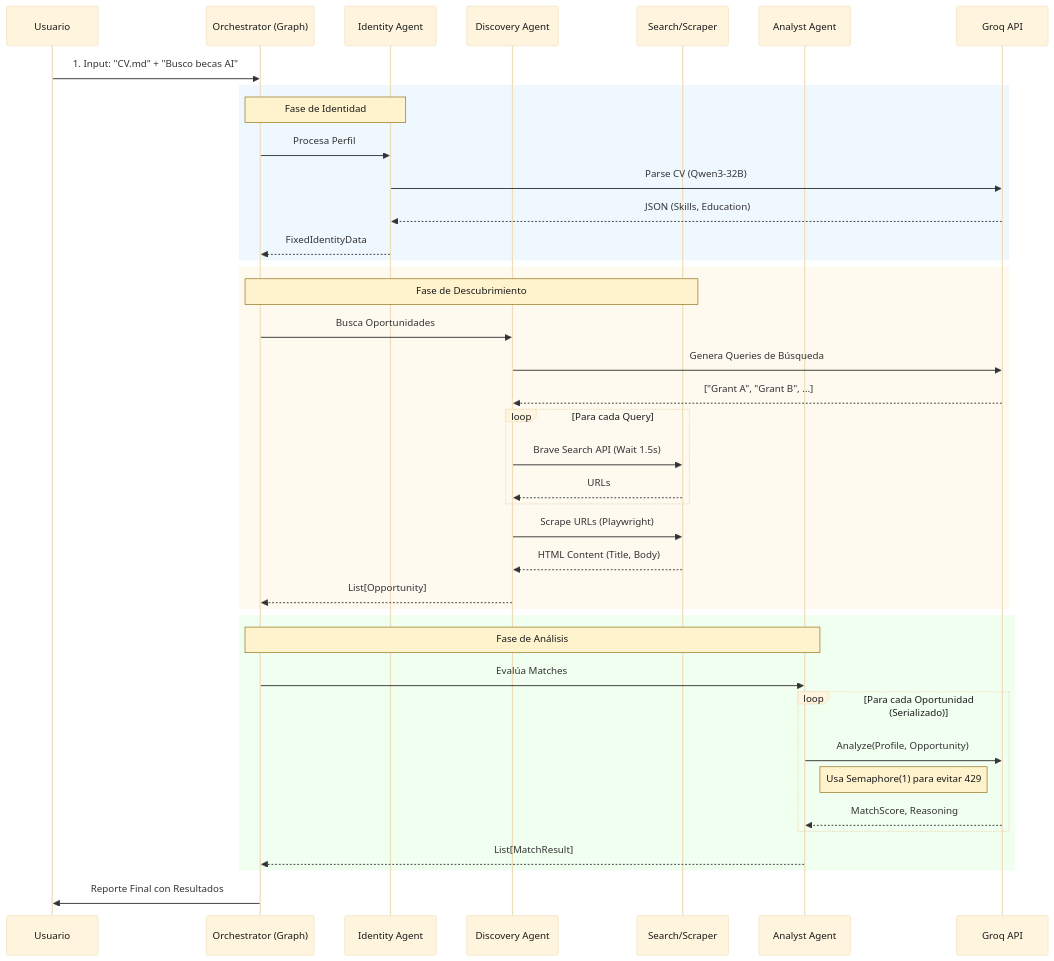
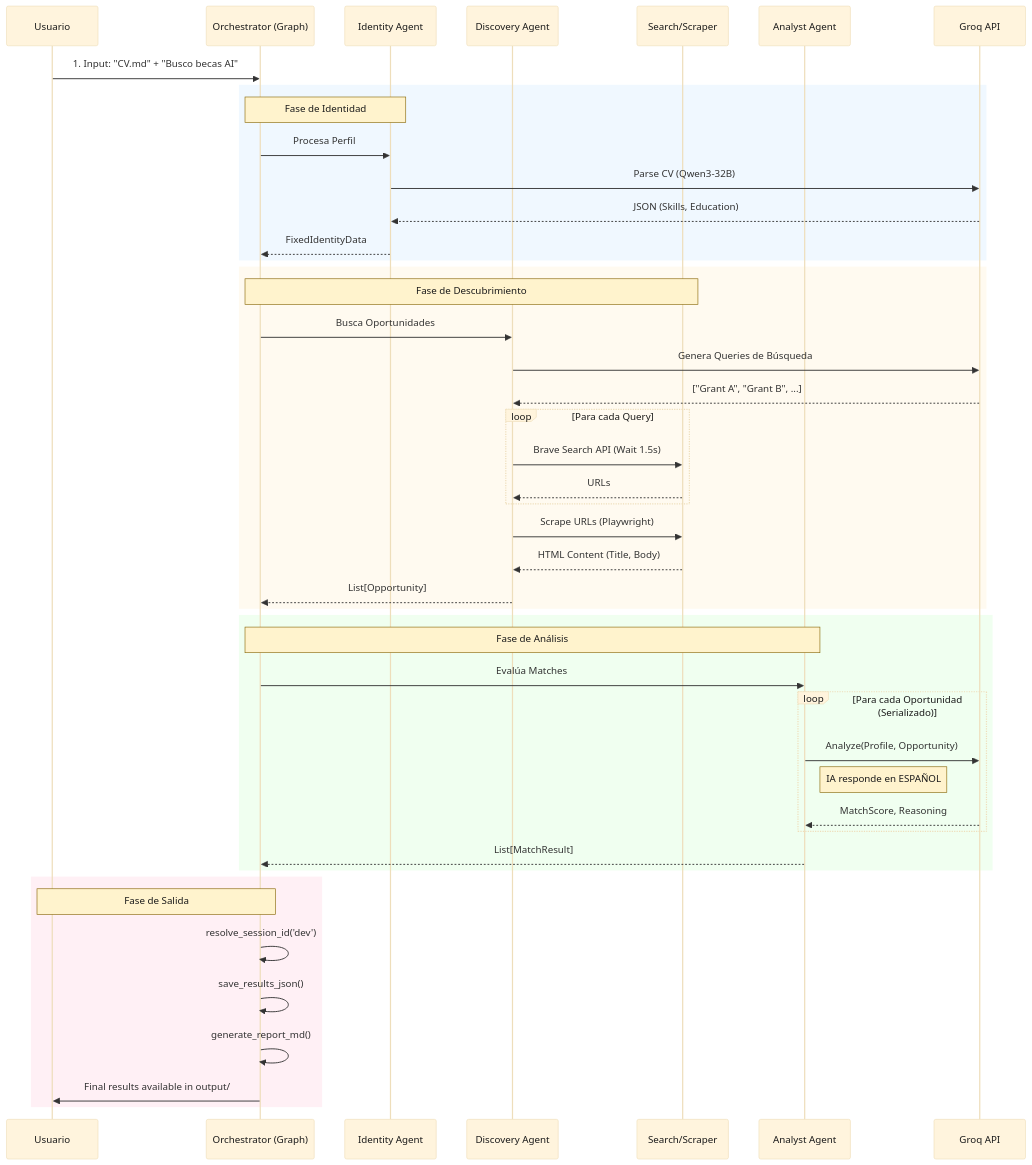
The third of 5 diagrams in ARCHITECTURE.md (Arbues/GrantHunter-AI), drawn with Mermaid before and after one commit. The commit also changed other lines of this file and 16 other files, not shown here.

````diff
--- a/ARCHITECTURE.md
+++ b/ARCHITECTURE.md
@@ -93,51 +105,58 @@
 ```mermaid
 %%{init: {'theme':'base', 'themeVariables': {'actorTextColor':'#1a1a1a','noteBkgColor':'#fff3cd','noteBorderColor':'#856404','noteTextColor':'#1a1a1a','labelTextColor':'#1a1a1a','loopTextColor':'#1a1a1a'}}}%%
 sequenceDiagram
     participant U as Usuario
     participant O as Orchestrator (Graph)
     participant I as Identity Agent
     participant D as Discovery Agent
     participant S as Search/Scraper
     participant A as Analyst Agent
     participant LLM as Groq API
 
     U->>O: 1. Input: "CV.md" + "Busco becas AI"
     
     %% Identity Phase
     rect rgb(240, 248, 255)
     Note over O, I: Fase de Identidad
     O->>I: Procesa Perfil
     I->>LLM: Parse CV (Qwen3-32B)
     LLM-->>I: JSON (Skills, Education)
     I-->>O: FixedIdentityData
     end
 
     %% Discovery Phase
     rect rgb(255, 250, 240)
     Note over O, S: Fase de Descubrimiento
     O->>D: Busca Oportunidades
     D->>LLM: Genera Queries de Búsqueda
     LLM-->>D: ["Grant A", "Grant B", ...]
     loop Para cada Query
         D->>S: Brave Search API (Wait 1.5s)
         S-->>D: URLs
     end
     D->>S: Scrape URLs (Playwright)
     S-->>D: HTML Content (Title, Body)
     D-->>O: List[Opportunity]
     end
 
     %% Analyst Phase
     rect rgb(240, 255, 240)
     Note over O, A: Fase de Análisis
-    O->>A: Evalúa Matches
-    loop Para cada Oportunidad (Serializado)
-        A->>LLM: Analyze(Profile, Opportunity)
-        Note right of A: Usa Semaphore(1) para evitar 429
-        LLM-->>A: MatchScore, Reasoning
-    end
-    A-->>O: List[MatchResult]
+        O->>A: Evalúa Matches
+        loop Para cada Oportunidad (Serializado)
+            A->>LLM: Analyze(Profile, Opportunity)
+            Note right of A: IA responde en ESPAÑOL
+            LLM-->>A: MatchScore, Reasoning
+        end
+        A-->>O: List[MatchResult]
     end
 
-    O->>U: Reporte Final con Resultados
+    %% Output Phase
+    rect rgb(255, 240, 245)
+        Note over O, U: Fase de Salida
+        O->>O: resolve_session_id('dev')
+        O->>O: save_results_json()
+        O->>O: generate_report_md()
+        O->>U: Final results available in output/
+    end
 ```
````
